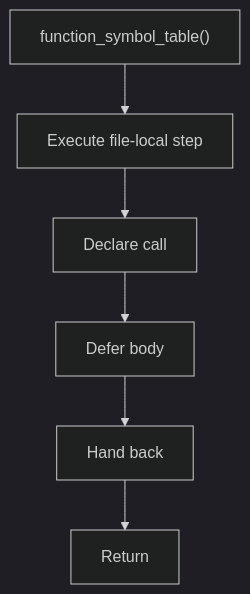
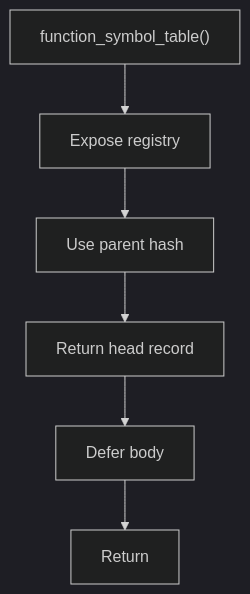
The diagram in docs/Codebase/Microservice/Modules/Header/Analysis/ImplementationUse/Binding/Symbols/Flow/functions/function_symbol_table.hpp.md (JohnAndrewBalbarosa/NeoTerritory), drawn with Mermaid (dark theme) before and after one commit. The commit also changed other lines of this file and 147 other files, not shown here.

````diff
--- a/docs/Codebase/Microservice/Modules/Header/Analysis/ImplementationUse/Binding/Symbols/Flow/functions/function_symbol_table.hpp.md
+++ b/docs/Codebase/Microservice/Modules/Header/Analysis/ImplementationUse/Binding/Symbols/Flow/functions/function_symbol_table.hpp.md
@@ -16,14 +24,14 @@
 ```mermaid
 flowchart TD
     Start["function_symbol_table()"]
-    N0["Execute file-local step"]
-    N1["Declare call"]
-    N2["Defer body"]
-    N3["Hand back"]
+    N0["Expose registry"]
+    N1["Use parent hash"]
+    N2["Return head record"]
+    N3["Defer body"]
     End["Return"]
     Start --> N0
     N0 --> N1
     N1 --> N2
     N2 --> N3
     N3 --> End
 ```
````
